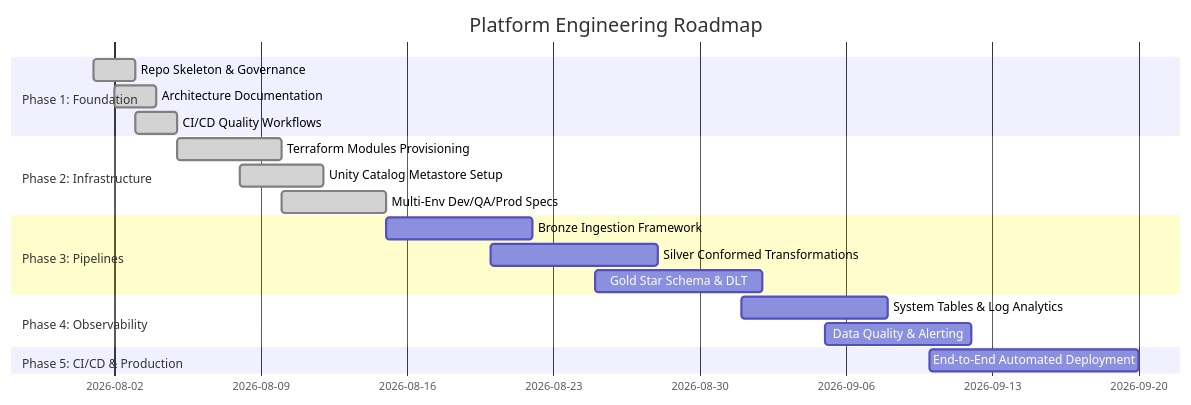
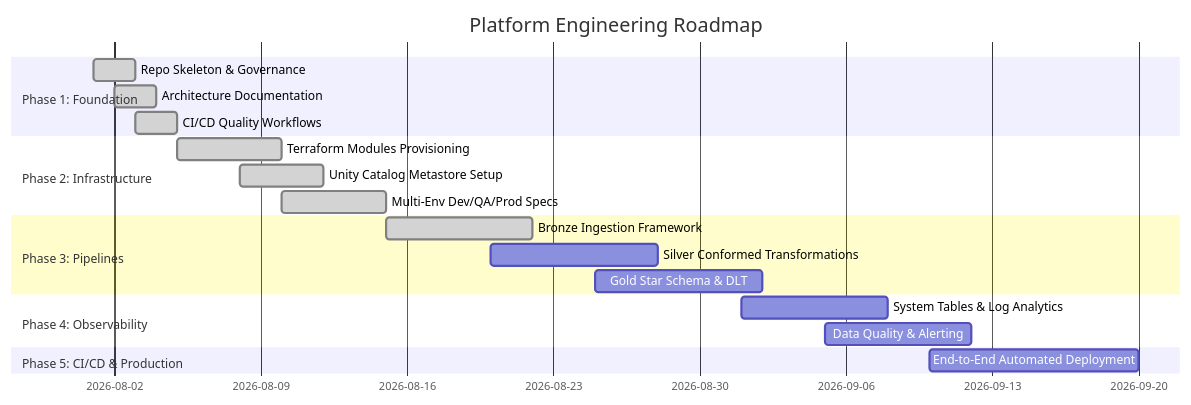
The diagram in docs/project-roadmap.md (An0N-ops/Azure-Databricks-Lakehouse-Platform), drawn with Mermaid before and after one commit. The commit also changed other lines of this file and 13 other files, not shown here.

Commit message:
feat(bronze): add declarative Auto Loader ingestion framework

````diff
--- a/docs/project-roadmap.md
+++ b/docs/project-roadmap.md
@@ -11,22 +11,22 @@
 ```mermaid
 gantt
     title Platform Engineering Roadmap
     dateFormat  YYYY-MM-DD
     section Phase 1: Foundation
     Repo Skeleton & Governance       :done, p1_1, 2026-08-01, 2026-08-03
     Architecture Documentation      :done, p1_2, 2026-08-02, 2026-08-04
     CI/CD Quality Workflows          :done, p1_3, 2026-08-03, 2026-08-05
     section Phase 2: Infrastructure
     Terraform Modules Provisioning   :done, p2_1, 2026-08-05, 2026-08-10
     Unity Catalog Metastore Setup    :done, p2_2, 2026-08-08, 2026-08-12
     Multi-Env Dev/QA/Prod Specs      :done, p2_3, 2026-08-10, 2026-08-15
     section Phase 3: Pipelines
-    Bronze Ingestion Framework      : p3_1, 2026-08-15, 2026-08-22
+    Bronze Ingestion Framework      :done, p3_1, 2026-08-15, 2026-08-22
     Silver Conformed Transformations : p3_2, 2026-08-20, 2026-08-28
     Gold Star Schema & DLT          : p3_3, 2026-08-25, 2026-09-02
     section Phase 4: Observability
     System Tables & Log Analytics   : p4_1, 2026-09-01, 2026-09-08
     Data Quality & Alerting         : p4_2, 2026-09-05, 2026-09-12
     section Phase 5: CI/CD & Production
     End-to-End Automated Deployment  : p5_1, 2026-09-10, 2026-09-20
 ```
````
